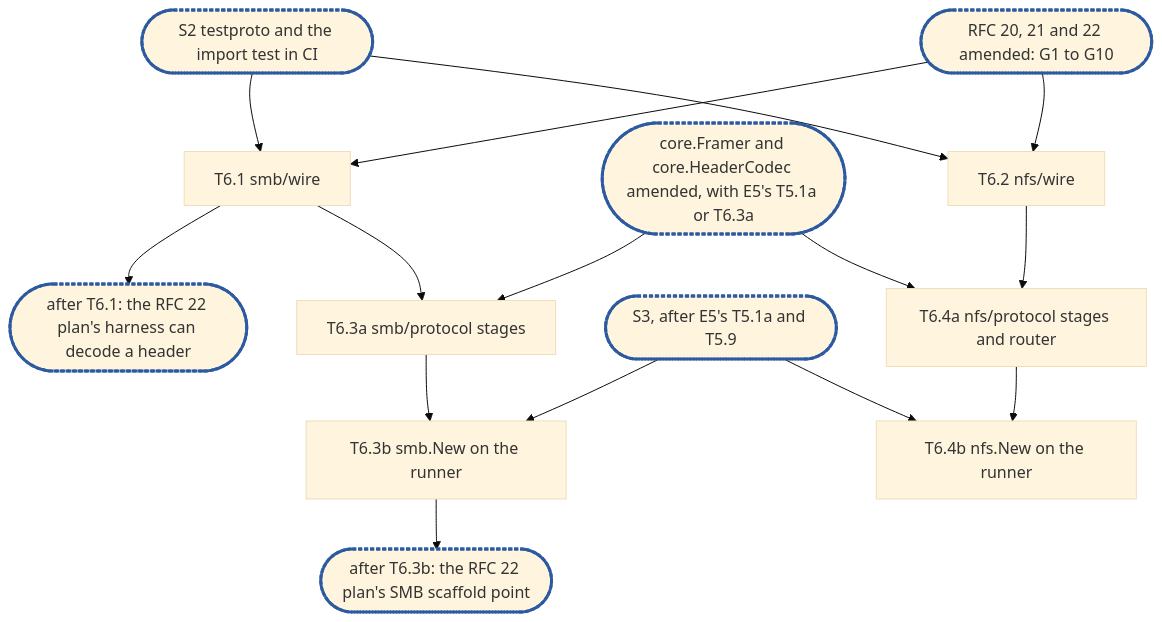
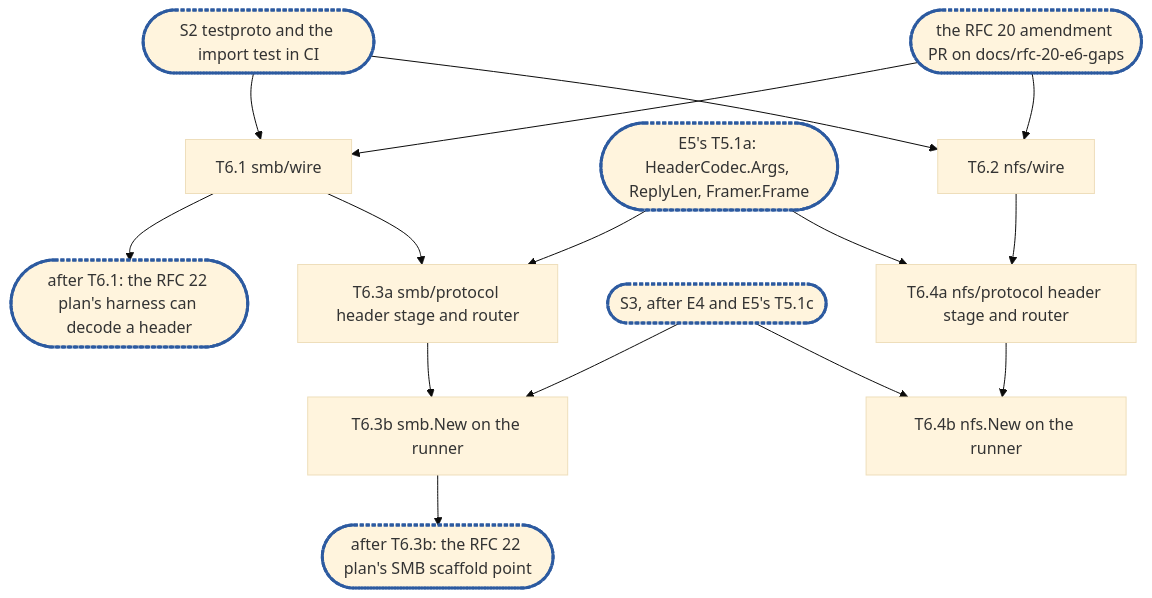
One commit to cubbit/dittofs changed the diagram in docs/internals/planning/rfc-20-adapters-epic6.md. Above: the diagram before and after it, drawn with Mermaid (base theme). The commit also changed other lines of this file, not shown here.

````diff
--- a/docs/internals/planning/rfc-20-adapters-epic6.md
+++ b/docs/internals/planning/rfc-20-adapters-epic6.md
@@ -778,18 +815,18 @@
 ```mermaid
 flowchart TD
   S2(["S2 testproto and the import test in CI"]):::sync --> T6_1["T6.1 smb/wire"]
-  A(["RFC 20, 21 and 22 amended: G1 to G10"]):::sync --> T6_1
+  A(["the RFC 20 amendment PR on docs/rfc-20-e6-gaps"]):::sync --> T6_1
   T6_1 --> C1(["after T6.1: the RFC 22 plan's harness can decode a header"]):::sync
-  T6_1 --> T6_3a["T6.3a smb/protocol stages"]
-  F(["core.Framer and core.HeaderCodec amended, with E5's T5.1a or T6.3a"]):::sync --> T6_3a
+  T6_1 --> T6_3a["T6.3a smb/protocol header stage and router"]
+  H(["E5's T5.1a: HeaderCodec.Args, ReplyLen, Framer.Frame"]):::sync --> T6_3a
   T6_3a --> T6_3b["T6.3b smb.New on the runner"]
-  S3(["S3, after E5's T5.1a and T5.9"]):::sync --> T6_3b
+  S3(["S3, after E4 and E5's T5.1c"]):::sync --> T6_3b
   T6_3b --> C2(["after T6.3b: the RFC 22 plan's SMB scaffold point"]):::sync
   S2 --> T6_2["T6.2 nfs/wire"]
   A --> T6_2
-  T6_2 --> T6_4a["T6.4a nfs/protocol stages and router"]
-  F --> T6_4a
+  T6_2 --> T6_4a["T6.4a nfs/protocol header stage and router"]
+  H --> T6_4a
   T6_4a --> T6_4b["T6.4b nfs.New on the runner"]
   S3 --> T6_4b
   classDef sync stroke:#2c5aa0,stroke-width:3px,stroke-dasharray:4 2
 ```
````
